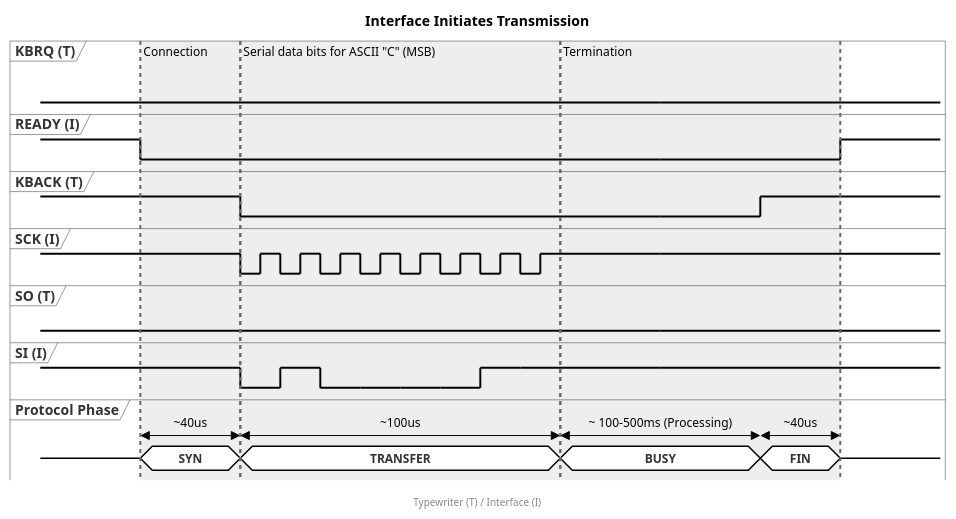
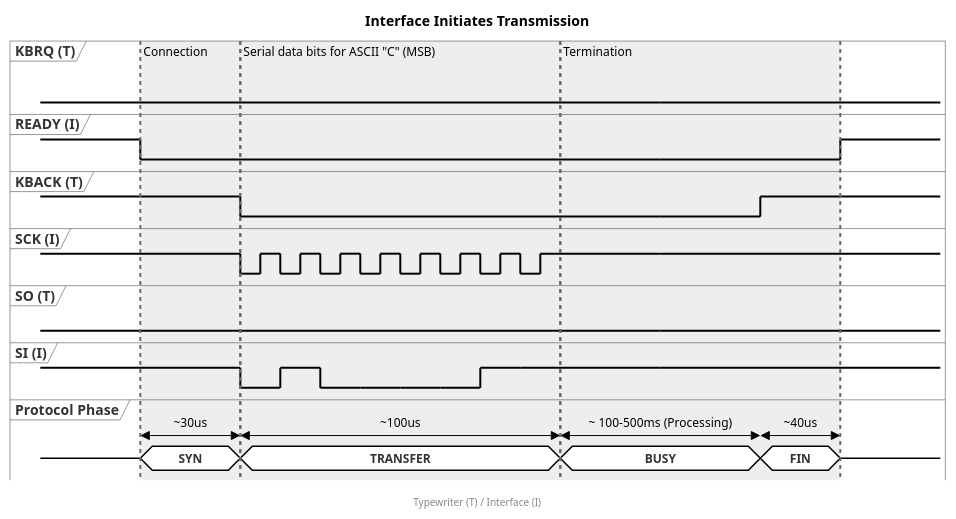
One commit to LooksLikeThomas/brother-serial-interface-adapter changed the diagram in protocol-analysis/protocol-docs/interface_to_typewriter.puml. Above: the diagram before and after it, drawn with PlantUML. The commit also changed 3 other files, not shown here.

```diff
--- a/protocol-analysis/protocol-docs/interface_to_typewriter.puml
+++ b/protocol-analysis/protocol-docs/interface_to_typewriter.puml
@@ -1,171 +1,171 @@
 @startuml Interface_Initiates_Transmission_TimeGap
 hide time-axis
 title Interface Initiates Transmission
 footer Typewriter (T) / Interface (I)
 
 <style>
 timingDiagram {
   .signal {
     LineColor black
   }
   concise {
     LineColor black
     BackgroundColor white
     FontSize 12
   }
   /* Apply to ALL robust signals: White text hides the labels */
   robust {
     LineColor black
     BackgroundColor white
     FontColor white
   }
   arrow {
     LineColor blue
   }
   constraintArrow {
     LineThickness 1
     LineColor black
     FontColor black
   }
   timegrid {
     LineColor transparent
   }
 }
 </style>
 
 scale 5 as 100 pixels
 
 ' Define Participants - All converted to robust
 robust "KBRQ (T)" as KBRQ
 robust "READY (I)" as READY
 robust "KBACK (T)" as KBACK 
 robust "SCK (I)" as SCK
 robust "SO (T)" as SO
 robust "SI (I)" as SI
 concise "Protocol Phase" as Phase 
 
 ' --- State Definitions ---
 
 KBRQ has high,low
 READY has high,low
 KBACK has high,low
 SCK has high,low
 SO has high,low
 SI has high,low
 
 @0
 Phase is {-}
 KBRQ is low
 READY is high
 KBACK is high
 SCK is high
 SO is low
 SI is high
 
 @5
 Phase is "SYN"
 READY is low
 
 @10
 Phase is "TRANSFER"
 ' Bit 7 (MSB) = 0
 SCK is low
 SI is low
 ' First falling edge forces KBACK LOW
 KBACK is low
 
 @11
 SCK is high
 
 @12
 ' Bit 6 = 1
 SCK is low
 SI is high
 
 @13
 SCK is high
 
 @14
 ' Bit 5 = 0
 SCK is low
 SI is low
 
 @15
 SCK is high
 
 @16
 ' Bit 4 = 0
 SCK is low
 SI is low
 
 @17
 SCK is high
 
 @18
 ' Bit 3 = 0
 SCK is low
 SI is low
 
 @19
 SCK is high
 
 @20
 ' Bit 2 = 0
 SCK is low
 SI is low
 
 @21
 SCK is high
 
 @22
 ' Bit 1 = 1
 SCK is low
 SI is high
 
 @23
 SCK is high
 
 @24
 ' Bit 0 (LSB) = 1
 SCK is low
 SI is high
 
 @25
 SCK is high
 
 @26
 Phase is "BUSY"
 
 @31
 ' --- END TIME GAP ---
 ' Restore signals to their expected state
 KBRQ is low
 READY is low
 KBACK is low
 SCK is high
 SO is low
 SI is high
 
 @36
 ' Typewriter finishes processing, releases KBACK
 KBACK is high
 Phase is "FIN"
 
 @40
 ' Interface sees KBACK high, releases READY
 READY is high
 Phase is {-}
 
 ' --- Time Constraints ---
-Phase@5 <-> @10 : ~40us
+Phase@5 <-> @10 : ~30us
 Phase@10 <-> @26 : ~100us
 Phase@26 <-> @36 : ~ 100-500ms (Processing)
 Phase@36 <-> @40 : ~40us
 
 ' --- Highlighting ---
 highlight 5 to 10 #EEEEEE;line:DimGrey : Connection
 highlight 10 to 26 #EEEEEE;line:DimGrey : Serial data bits for ASCII "C" (MSB)
 highlight 26 to 40 #EEEEEE;line:DimGrey : Termination
 
 
 @enduml
```
